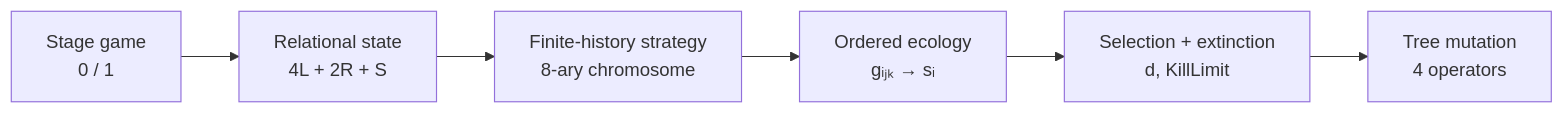
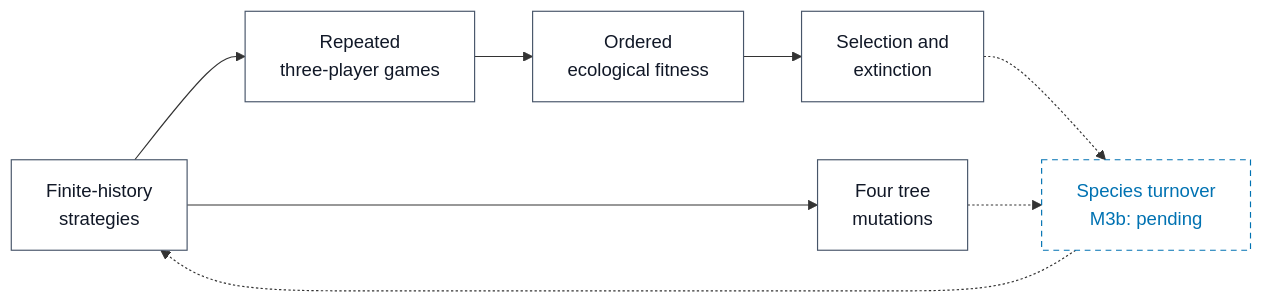
The diagram in README.md (ReloadLightly/three-person-coalition-game), drawn with Mermaid before and after one commit. The commit also changed other lines of this file and 2 other files, not shown here.

````diff
--- a/README.md
+++ b/README.md
@@ -61,8 +70,14 @@
 ```mermaid
 flowchart LR
-    A["Stage game<br/>0 / 1"] --> B["Relational state<br/>4L + 2R + S"]
-    B --> C["Finite-history strategy<br/>8-ary chromosome"]
-    C --> D["Ordered ecology<br/>gᵢⱼₖ → sᵢ"]
-    D --> E["Selection + extinction<br/>d, KillLimit"]
-    E --> F["Tree mutation<br/>4 operators"]
+    A["Finite-history<br/>strategies"] --> B["Repeated<br/>three-player games"]
+    B --> C["Ordered<br/>ecological fitness"]
+    C --> D["Selection and<br/>extinction"]
+    A --> E["Four tree<br/>mutations"]
+    D -.-> F["Species turnover<br/>M3b: pending"]
+    E -.-> F
+    F -.-> A
+    classDef core fill:#FFFFFF,stroke:#475569,color:#111827,stroke-width:1px;
+    classDef pending fill:#FFFFFF,stroke:#0072B2,color:#0072B2,stroke-width:1px,stroke-dasharray:5 4;
+    class A,B,C,D,E core;
+    class F pending;
 ```
````
